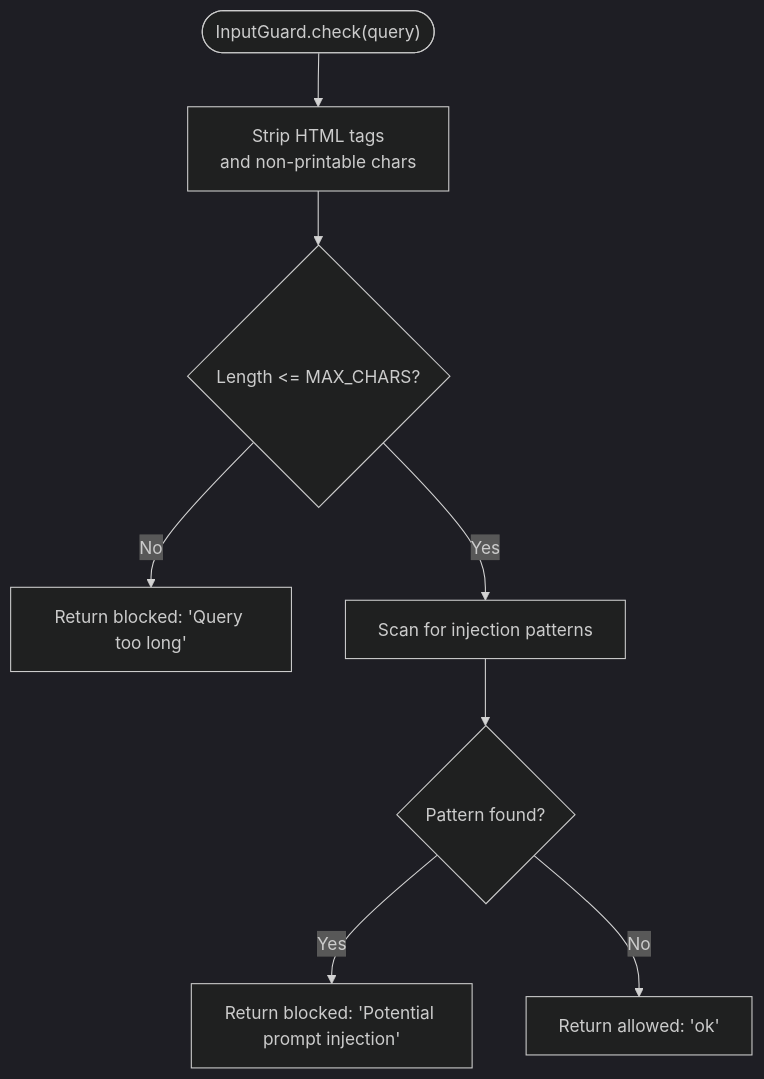
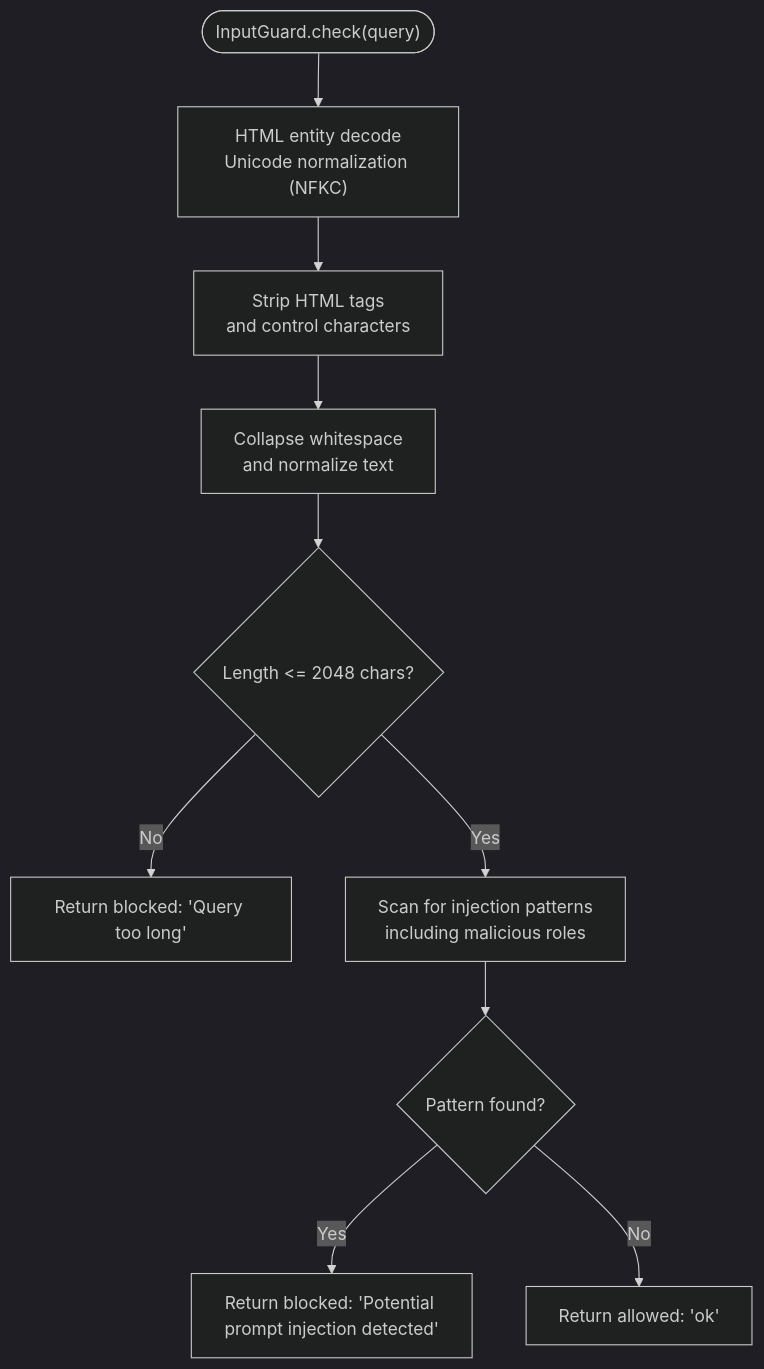
One commit to genes8/private-ai changed the third of 9 diagrams in .qoder/repowiki/en/content/Security and Compliance/Security and Compliance.md. Above: the diagram before and after it, drawn with Mermaid (dark theme). The commit also changed other lines of this file and 55 other files, not shown here.

````diff
--- a/.qoder/repowiki/en/content/Security and Compliance/Security and Compliance.md
+++ b/.qoder/repowiki/en/content/Security and Compliance/Security and Compliance.md
@@ -156,10 +179,12 @@
 ```mermaid
 flowchart TD
-Start(["InputGuard.check(query)"]) --> Clean["Strip HTML tags<br/>and non-printable chars"]
-Clean --> LenCheck{"Length <= MAX_CHARS?"}
+Start(["InputGuard.check(query)"]) --> Decode["HTML entity decode<br/>Unicode normalization (NFKC)"]
+Decode --> CleanTags["Strip HTML tags<br/>and control characters"]
+CleanTags --> Normalize["Collapse whitespace<br/>and normalize text"]
+Normalize --> LenCheck{"Length <= 2048 chars?"}
 LenCheck --> |No| BlockLong["Return blocked: 'Query too long'"]
-LenCheck --> |Yes| InjectCheck["Scan for injection patterns"]
+LenCheck --> |Yes| InjectCheck["Scan for injection patterns<br/>including malicious roles"]
 InjectCheck --> Found{"Pattern found?"}
-Found --> |Yes| BlockInject["Return blocked: 'Potential prompt injection'"]
+Found --> |Yes| BlockInject["Return blocked: 'Potential prompt injection detected'"]
 Found --> |No| Allow["Return allowed: 'ok'"]
 ```
````
